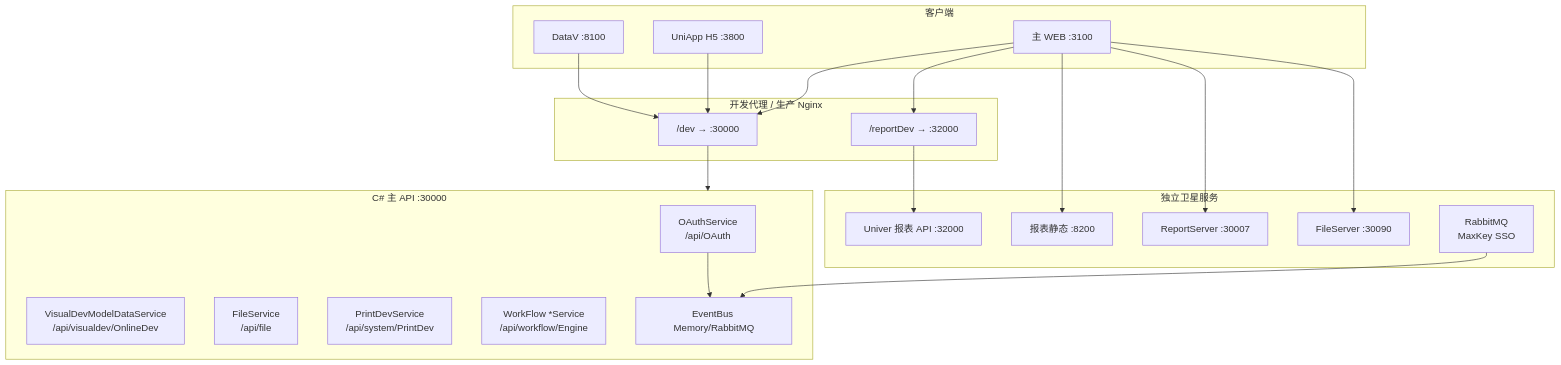
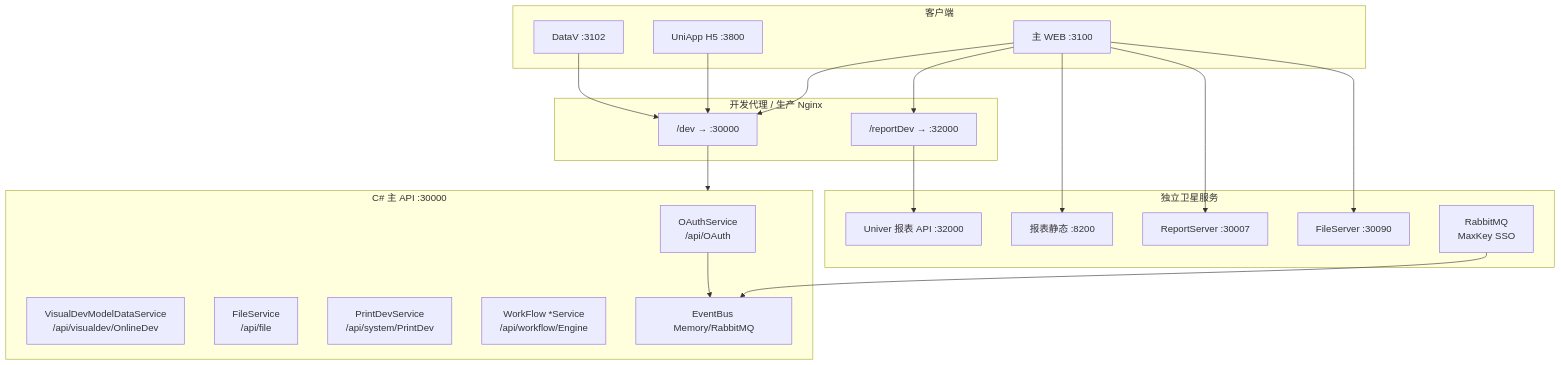
One commit to DULASlee/jnpfv52 changed the first of 8 diagrams in docs/architecture/v52/11-plugins-integration-deep-dive.md. Above: the diagram before and after it, drawn with Mermaid. The commit also changed other lines of this file and 661 other files, not shown here.

````diff
--- a/docs/architecture/v52/11-plugins-integration-deep-dive.md
+++ b/docs/architecture/v52/11-plugins-integration-deep-dive.md
@@ -70,42 +70,42 @@
 ```mermaid
 flowchart TB
   subgraph Clients["客户端"]
     PC["主 WEB :3100"]
     APP["UniApp H5 :3800"]
-    DV["DataV :8100"]
+    DV["DataV :3102"]
   end
 
   subgraph Gateway["开发代理 / 生产 Nginx"]
     DEV["/dev → :30000"]
     RD["/reportDev → :32000"]
   end
 
   subgraph Core["C# 主 API :30000"]
     OAUTH["OAuthService<br/>/api/OAuth"]
     VDEV["VisualDevModelDataService<br/>/api/visualdev/OnlineDev"]
     FILE["FileService<br/>/api/file"]
     PRINT["PrintDevService<br/>/api/system/PrintDev"]
     WF["WorkFlow *Service<br/>/api/workflow/Engine"]
     EB["EventBus Memory/RabbitMQ"]
   end
 
   subgraph Satellite["独立卫星服务"]
     UNI_API["Univer 报表 API :32000"]
     UNI_UI["报表静态 :8200"]
     RS["ReportServer :30007"]
     FS["FileServer :30090"]
     MQ["RabbitMQ<br/>MaxKey SSO"]
   end
 
   PC --> DEV
   PC --> RD
   APP --> DEV
   DV --> DEV
   DEV --> Core
   RD --> UNI_API
   PC --> UNI_UI
   PC --> RS
   PC --> FS
   MQ --> EB
   OAUTH --> EB
 ```
````
